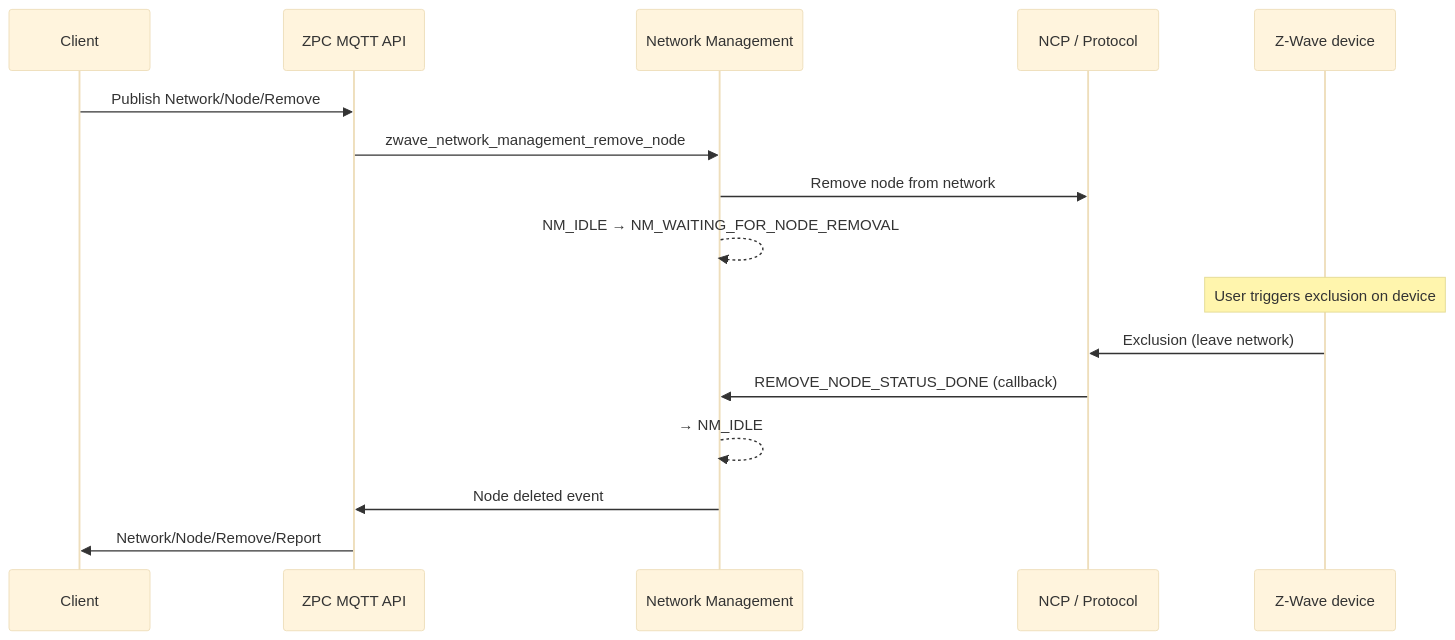
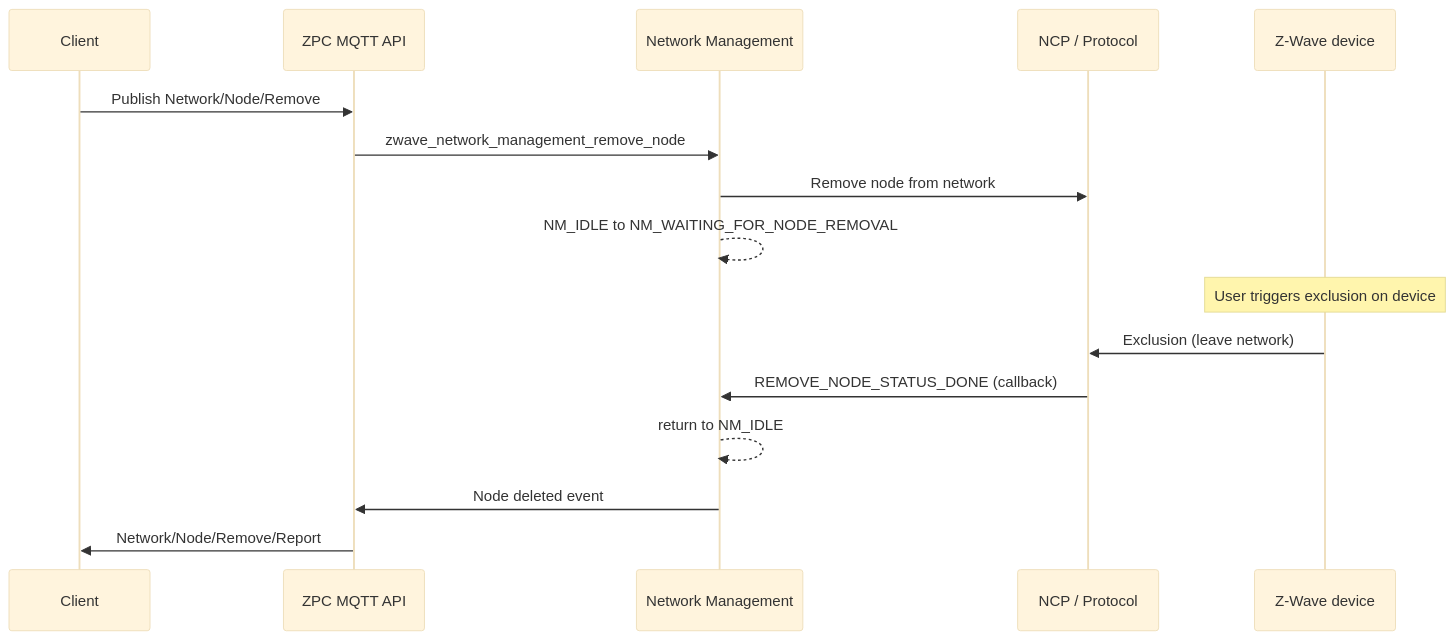
One commit to SiliconLabsSoftware/z-wave-protocol-controller changed the diagram in docs/sequences/exclusion_flow.md. Above: the diagram before and after it, drawn with Mermaid (base theme). The commit also changed 5 other files, not shown here.

Commit message:
#186: Fix inclusion-exclusion flow sequence diagrams (#187)

````diff
--- a/docs/sequences/exclusion_flow.md
+++ b/docs/sequences/exclusion_flow.md
@@ -37,20 +37,20 @@
 ```mermaid
 sequenceDiagram
     participant Client
     participant MqttApi as ZPC MQTT API
     participant NM as Network Management
     participant NCP as NCP / Protocol
     participant Device as Z-Wave device
 
     Client->>MqttApi: Publish Network/Node/Remove
     MqttApi->>NM: zwave_network_management_remove_node
     NM->>NCP: Remove node from network
-    NM-->>NM: NM_IDLE → NM_WAITING_FOR_NODE_REMOVAL
+    NM-->>NM: NM_IDLE to NM_WAITING_FOR_NODE_REMOVAL
 
     Note over Device: User triggers exclusion on device
     Device->>NCP: Exclusion (leave network)
     NCP->>NM: REMOVE_NODE_STATUS_DONE (callback)
-    NM-->>NM: → NM_IDLE
+    NM-->>NM: return to NM_IDLE
     NM->>MqttApi: Node deleted event
     MqttApi->>Client: Network/Node/Remove/Report
 ```
````
